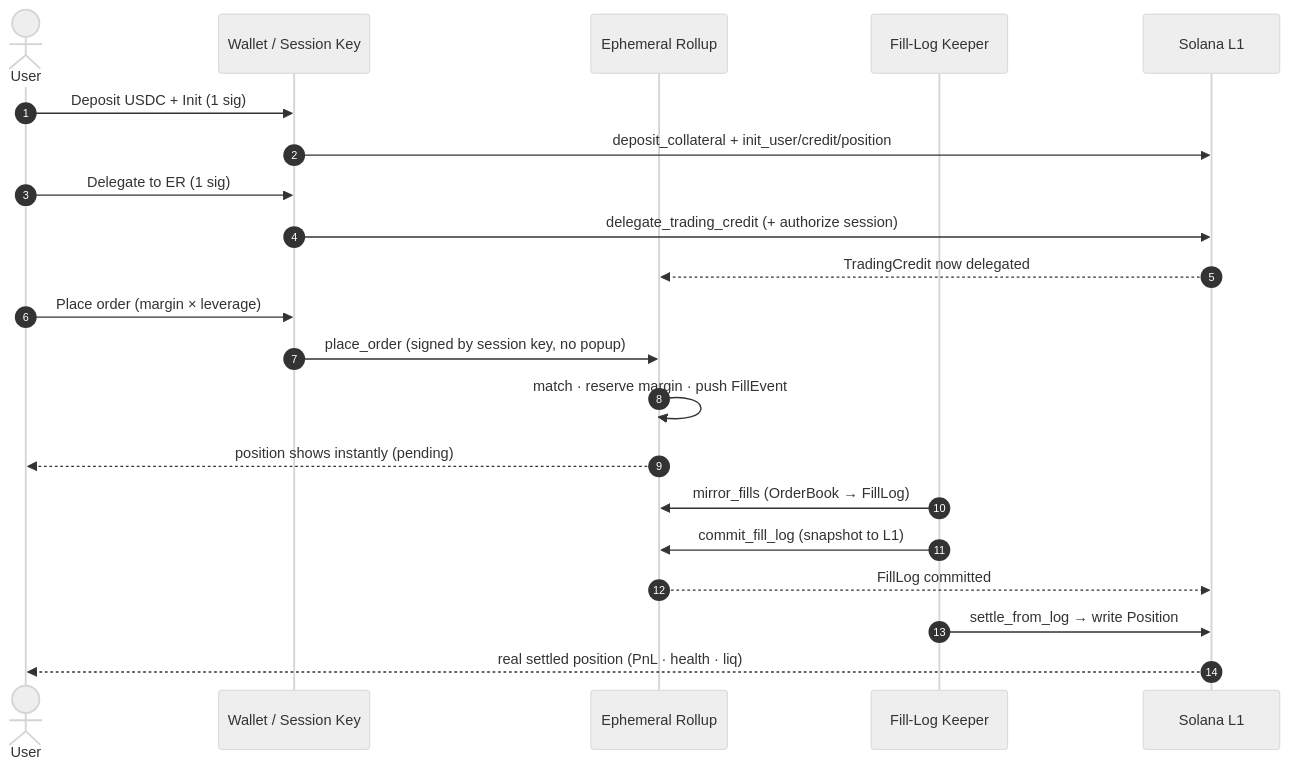
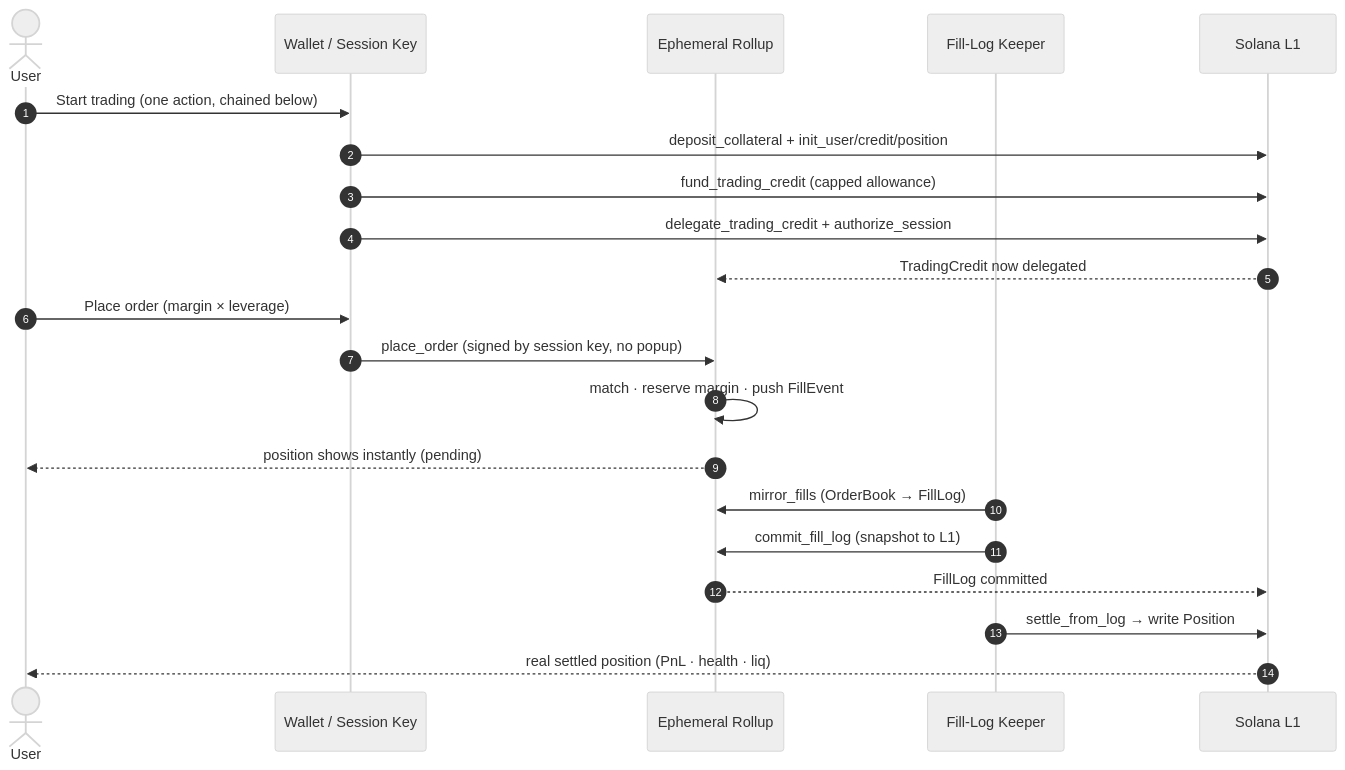
The third of 10 diagrams in docs/00-architecture-diagrams.md (Ansh-699/SlipStream), drawn with Mermaid (neutral theme) before and after one commit. The commit also changed other lines of this file and 2 other files, not shown here.

````diff
--- a/docs/00-architecture-diagrams.md
+++ b/docs/00-architecture-diagrams.md
@@ -133,26 +133,26 @@
 ```mermaid
 sequenceDiagram
   autonumber
   actor U as User
   participant W as Wallet / Session Key
   participant ER as Ephemeral Rollup
   participant K as Fill-Log Keeper
   participant L1 as Solana L1
 
-  U->>W: Deposit USDC + Init (1 sig)
+  U->>W: Start trading (one action, chained below)
   W->>L1: deposit_collateral + init_user/credit/position
-  U->>W: Delegate to ER (1 sig)
-  W->>L1: delegate_trading_credit (+ authorize session)
+  W->>L1: fund_trading_credit (capped allowance)
+  W->>L1: delegate_trading_credit + authorize_session
   L1-->>ER: TradingCredit now delegated
 
   U->>W: Place order (margin × leverage)
   W->>ER: place_order (signed by session key, no popup)
   ER->>ER: match · reserve margin · push FillEvent
   ER-->>U: position shows instantly (pending)
 
   K->>ER: mirror_fills (OrderBook → FillLog)
   K->>ER: commit_fill_log (snapshot to L1)
   ER-->>L1: FillLog committed
   K->>L1: settle_from_log → write Position
   L1-->>U: real settled position (PnL · health · liq)
 ```
````
